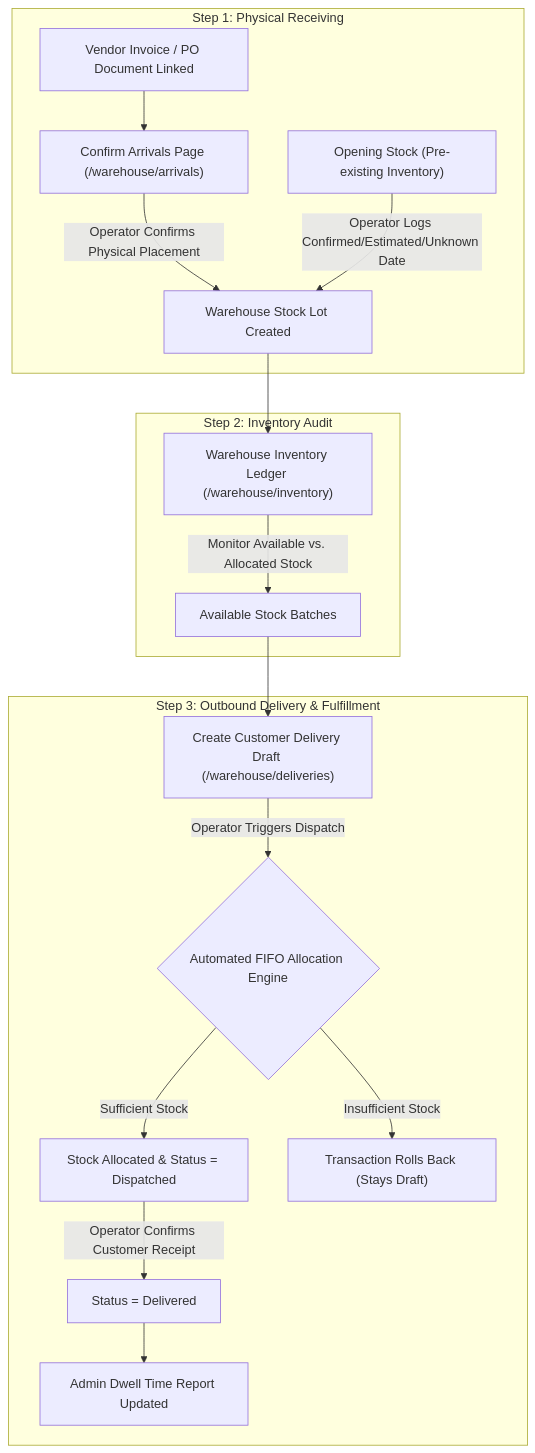
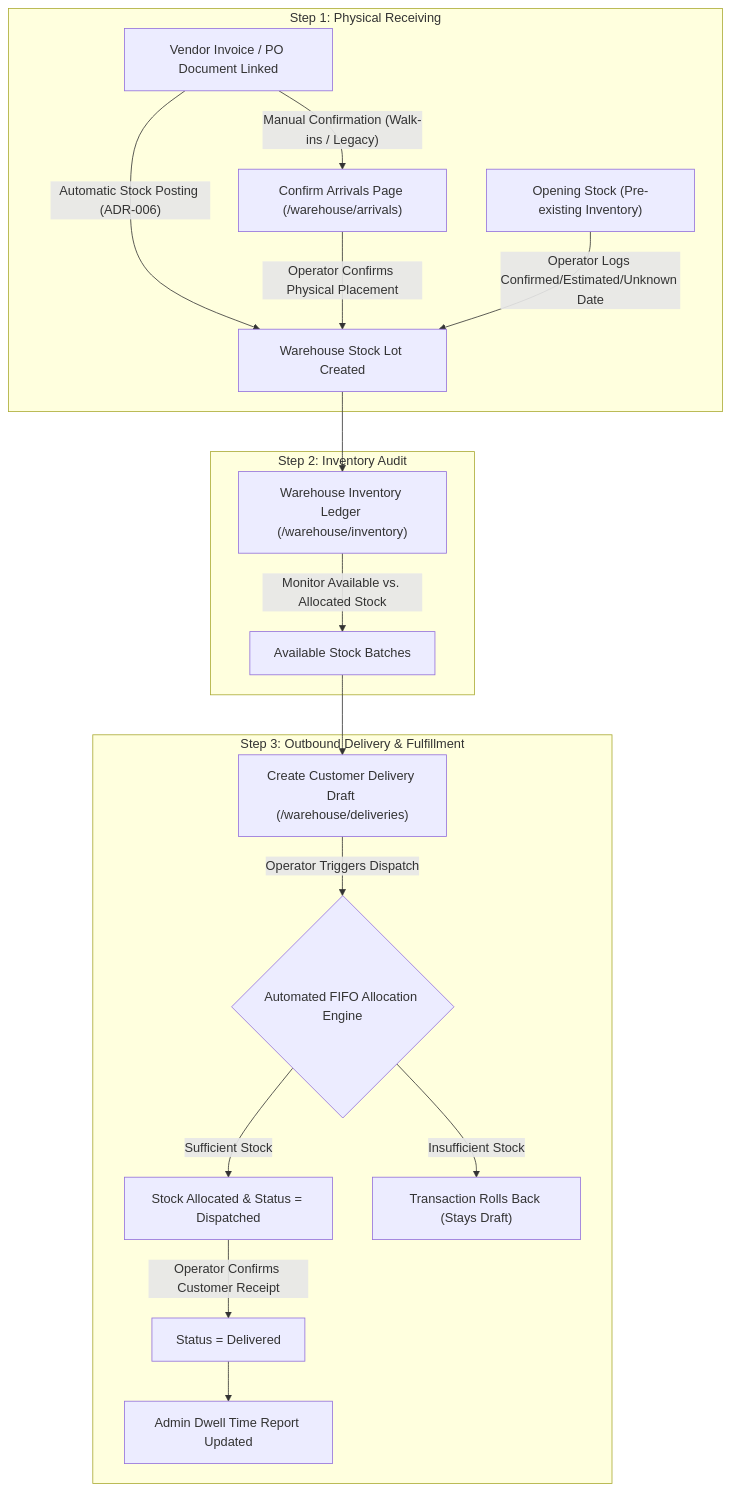
One commit to a2z2go-webdev2/receiving changed the second of 5 diagrams in docs/warehouse-operator-workspace.md. Above: the diagram before and after it, drawn with Mermaid. The commit also changed 69 other files, not shown here.

````diff
--- a/docs/warehouse-operator-workspace.md
+++ b/docs/warehouse-operator-workspace.md
@@ -53,22 +53,23 @@
 ```mermaid
 flowchart TD
     subgraph Step 1: Physical Receiving
-        A["Vendor Invoice / PO Document Linked"] --> B["Confirm Arrivals Page (/warehouse/arrivals)"]
-        B -->|"Operator Confirms Physical Placement"| C["Warehouse Stock Lot Created"]
+        A["Vendor Invoice / PO Document Linked"] -->|"Automatic Stock Posting (ADR-006)"| C["Warehouse Stock Lot Created"]
+        A -->|"Manual Confirmation (Walk-ins / Legacy)"| B["Confirm Arrivals Page (/warehouse/arrivals)"]
+        B -->|"Operator Confirms Physical Placement"| C
         O["Opening Stock (Pre-existing Inventory)"] -->|"Operator Logs Confirmed/Estimated/Unknown Date"| C
     end
 
     subgraph Step 2: Inventory Audit
         C --> D["Warehouse Inventory Ledger (/warehouse/inventory)"]
         D -->|"Monitor Available vs. Allocated Stock"| E["Available Stock Batches"]
     end
 
     subgraph Step 3: Outbound Delivery & Fulfillment
         E --> F["Create Customer Delivery Draft (/warehouse/deliveries)"]
         F -->|"Operator Triggers Dispatch"| G{"Automated FIFO Allocation Engine"}
         G -->|"Sufficient Stock"| H["Stock Allocated & Status = Dispatched"]
         G -->|"Insufficient Stock"| I["Transaction Rolls Back (Stays Draft)"]
         H -->|"Operator Confirms Customer Receipt"| J["Status = Delivered"]
         J --> K["Admin Dwell Time Report Updated"]
     end
 ```
````
